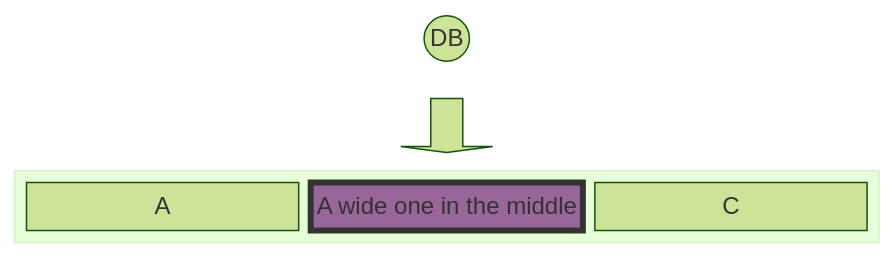
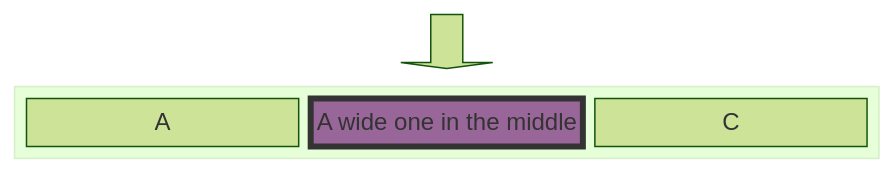
Before and after one commit to hobby-pc2026/linux-install: the diagram in linux-install-02.md, drawn with Mermaid (forest theme).

````diff
--- a/linux-install-02.md
+++ b/linux-install-02.md
@@ -3,13 +3,13 @@
 ```mermaid
 block
 columns 1
-  db(("DB"))
+
   blockArrowId6<["&nbsp;&nbsp;&nbsp;"]>(down)
   block:ID
     A
     B["A wide one in the middle"]
     C
   end
 
   style B fill:#969,stroke:#333,stroke-width:4px
 ```
````
